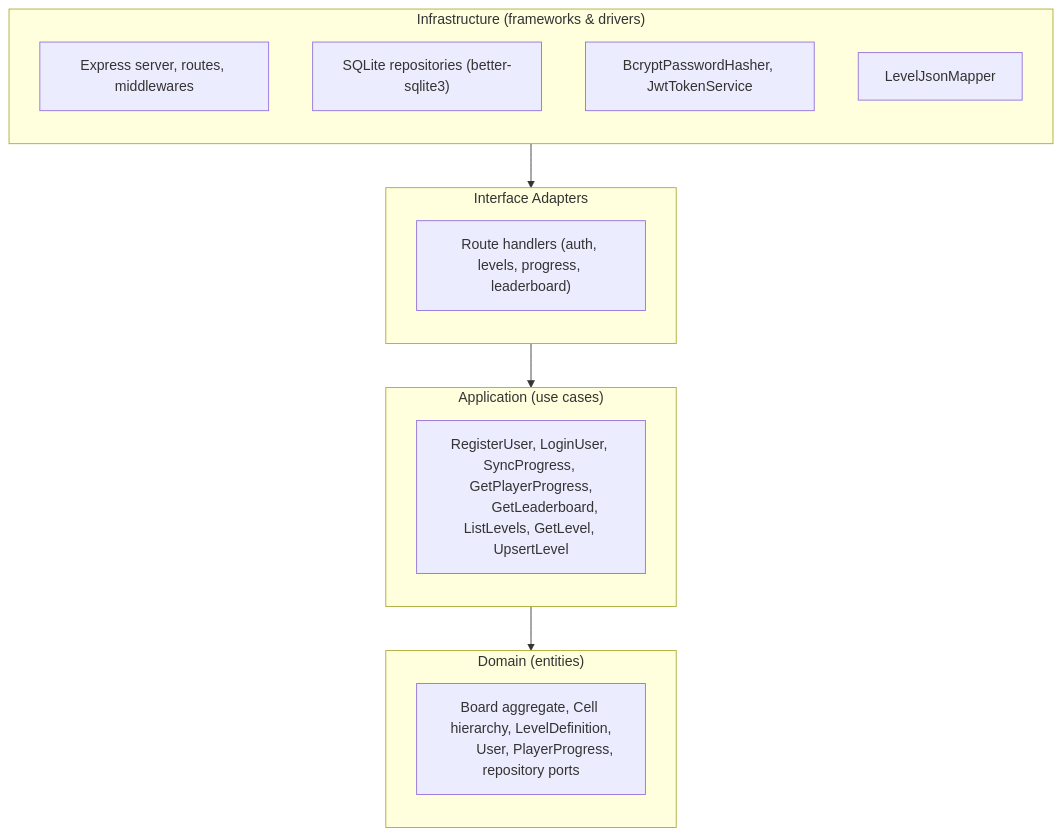
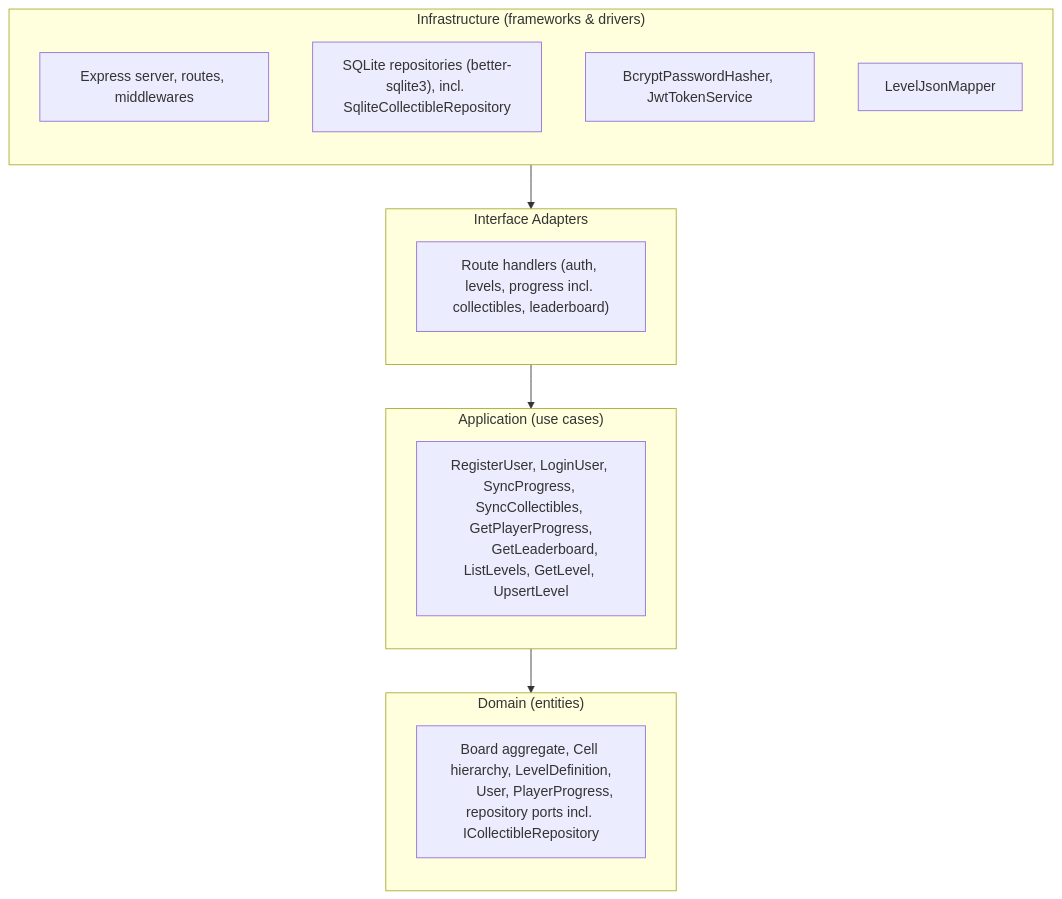
One commit to Georopeza/BackEnd-ArrowMaze changed the first of 2 diagrams in README.md. Above: the diagram before and after it, drawn with Mermaid. The commit also changed other lines of this file and 3 other files, not shown here.

First line of the commit message:
docs: bring README/diagrams up to date and log missing AI_USAGE entries

````diff
--- a/README.md
+++ b/README.md
@@ -26,26 +28,26 @@
 ```mermaid
 flowchart TB
     subgraph L4["Infrastructure (frameworks & drivers)"]
         direction TB
         Express["Express server, routes, middlewares"]
-        Sqlite["SQLite repositories (better-sqlite3)"]
+        Sqlite["SQLite repositories (better-sqlite3), incl. SqliteCollectibleRepository"]
         Security["BcryptPasswordHasher, JwtTokenService"]
         Mappers["LevelJsonMapper"]
     end
     subgraph L3["Interface Adapters"]
         direction TB
-        Controllers["Route handlers (auth, levels, progress, leaderboard)"]
+        Controllers["Route handlers (auth, levels, progress incl. collectibles, leaderboard)"]
     end
     subgraph L2["Application (use cases)"]
         direction TB
-        UseCases["RegisterUser, LoginUser, SyncProgress, GetPlayerProgress,
+        UseCases["RegisterUser, LoginUser, SyncProgress, SyncCollectibles, GetPlayerProgress,
         GetLeaderboard, ListLevels, GetLevel, UpsertLevel"]
     end
     subgraph L1["Domain (entities)"]
         direction TB
         Entities["Board aggregate, Cell hierarchy, LevelDefinition,
-        User, PlayerProgress, repository ports"]
+        User, PlayerProgress, repository ports incl. ICollectibleRepository"]
     end
 
     L4 --> L3 --> L2 --> L1
 ```
````
